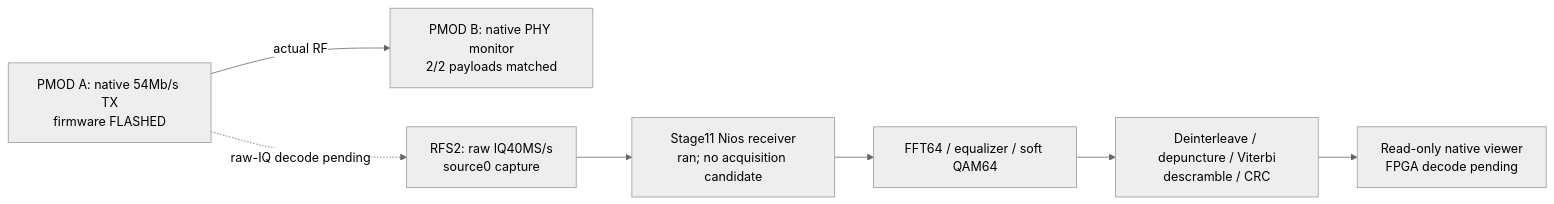
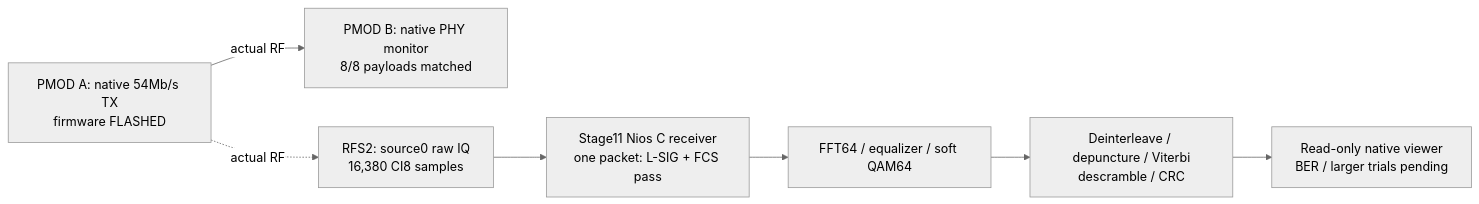
The diagram in esp32_agilex3_iq/docs/WIFI64_IMPLEMENTATION_STATUS.md (AEW2015/altera_examples), drawn with Mermaid (neutral theme) before and after one commit. The commit also changed other lines of this file and 19 other files, not shown here.

Commit message:
Decode native Wi-Fi 64-QAM OTA on Nios and display real constellation

````diff
--- a/esp32_agilex3_iq/docs/WIFI64_IMPLEMENTATION_STATUS.md
+++ b/esp32_agilex3_iq/docs/WIFI64_IMPLEMENTATION_STATUS.md
@@ -8,9 +10,9 @@
 ```mermaid
 flowchart LR
-  A[PMOD A: native 54Mb/s TX<br/>firmware FLASHED] -->|actual RF| M[PMOD B: native PHY monitor<br/>2/2 payloads matched]
-  A -. raw-IQ decode pending .-> B[RFS2: raw IQ40MS/s<br/>source0 capture]
-  B --> C[Stage11 Nios receiver<br/>ran; no acquisition candidate]
+  A[PMOD A: native 54Mb/s TX<br/>firmware FLASHED] -->|actual RF| M[PMOD B: native PHY monitor<br/>8/8 payloads matched]
+  A -. actual RF .-> B[RFS2: source0 raw IQ<br/>16,380 CI8 samples]
+  B --> C[Stage11 Nios C receiver<br/>one packet: L-SIG + FCS pass]
   C --> D[FFT64 / equalizer / soft QAM64]
   D --> E[Deinterleave / depuncture / Viterbi<br/>descramble / CRC]
-  E --> F[Read-only native viewer<br/>FPGA decode pending]
+  E --> F[Read-only native viewer<br/>BER / larger trials pending]
 ```
````
